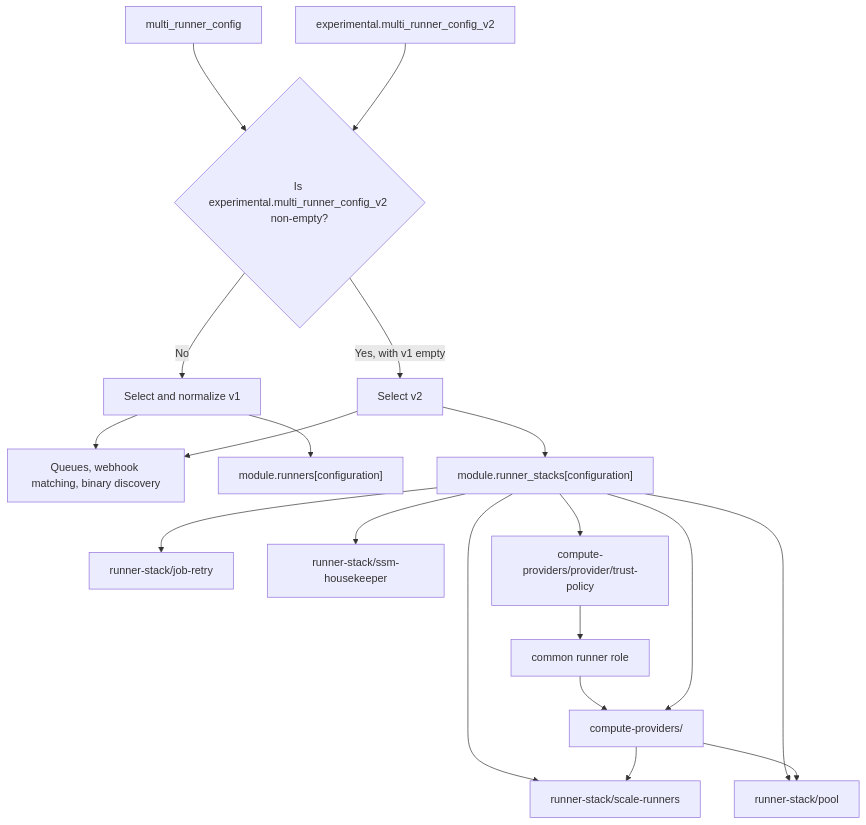
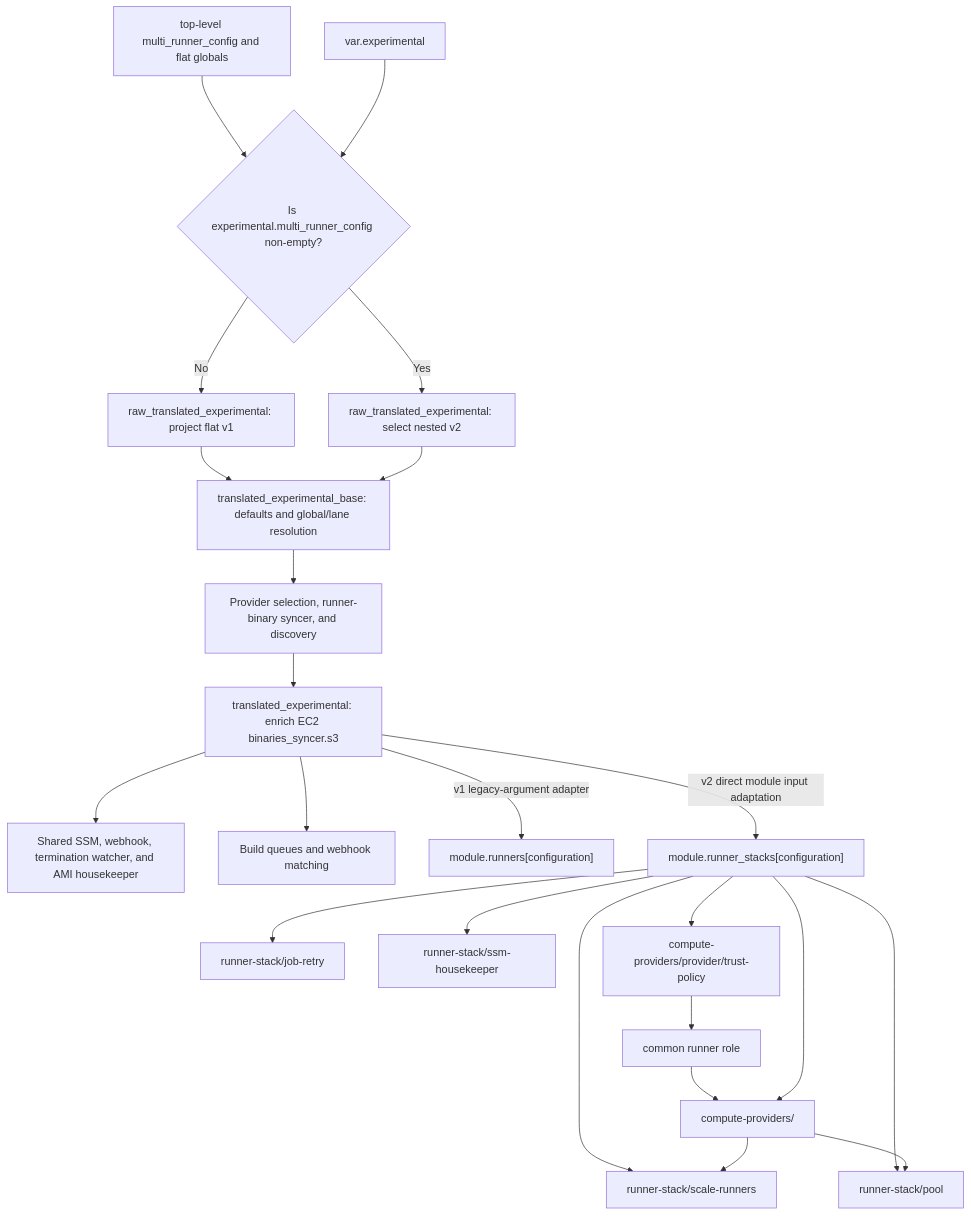
The diagram in docs/modules/internal/compute-provider-refactor.md (github-aws-runners/terraform-aws-github-runner), drawn with Mermaid before and after one commit. The commit also changed other lines of this file and 1 other file, not shown here.

Commit message:
docs(multi-runner): document experimental configuration

````diff
--- a/docs/modules/internal/compute-provider-refactor.md
+++ b/docs/modules/internal/compute-provider-refactor.md
@@ -51,21 +66,25 @@
 ```mermaid
 flowchart TD
-  Stable["multi_runner_config"] --> Select{"Is experimental.multi_runner_config_v2 non-empty?"}
-  Experimental["experimental.multi_runner_config_v2"] --> Select
-  Select -->|No| V1["Select and normalize v1"]
-  Select -->|Yes, with v1 empty| V2["Select v2"]
-  V1 --> Shared["Queues, webhook matching, binary discovery"]
-  V2 --> Shared
-  V1 --> Legacy["module.runners[configuration]"]
-  V2 --> Stack["module.runner_stacks[configuration]"]
+  Stable["top-level multi_runner_config and flat globals"] --> Select{"Is experimental.multi_runner_config non-empty?"}
+  Experimental["var.experimental"] --> Select
+  Select -->|No| V1["raw_translated_experimental: project flat v1"]
+  Select -->|Yes| V2["raw_translated_experimental: select nested v2"]
+  V1 --> Base["translated_experimental_base: defaults and global/lane resolution"]
+  V2 --> Base
+  Base --> Discovery["Provider selection, runner-binary syncer, and discovery"]
+  Discovery --> Final["translated_experimental: enrich EC2 binaries_syncer.s3"]
+  Final --> Singleton["Shared SSM, webhook, termination watcher, and AMI housekeeper"]
+  Final --> Shared["Build queues and webhook matching"]
+  Final -->|v1 legacy-argument adapter| Legacy["module.runners[configuration]"]
+  Final -->|v2 direct module input adaptation| Stack["module.runner_stacks[configuration]"]
   Stack --> Scaling["runner-stack/scale-runners"]
   Stack --> Pool["runner-stack/pool"]
   Stack --> Retry["runner-stack/job-retry"]
   Stack --> Housekeeper["runner-stack/ssm-housekeeper"]
   Stack --> Trust["compute-providers/provider/trust-policy"]
   Trust --> Role["common runner role"]
   Role --> Provider
   Stack --> Provider["compute-providers/<provider>"]
   Provider --> Scaling
   Provider --> Pool
 ```
````
